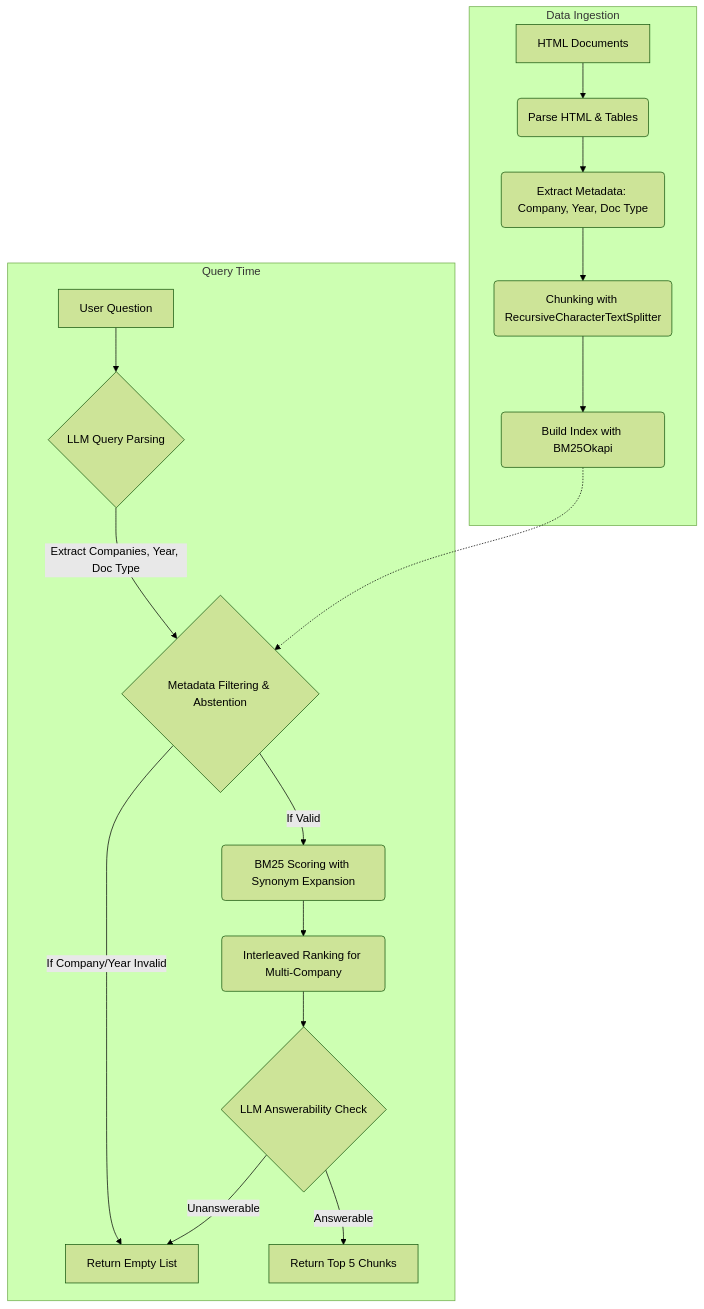
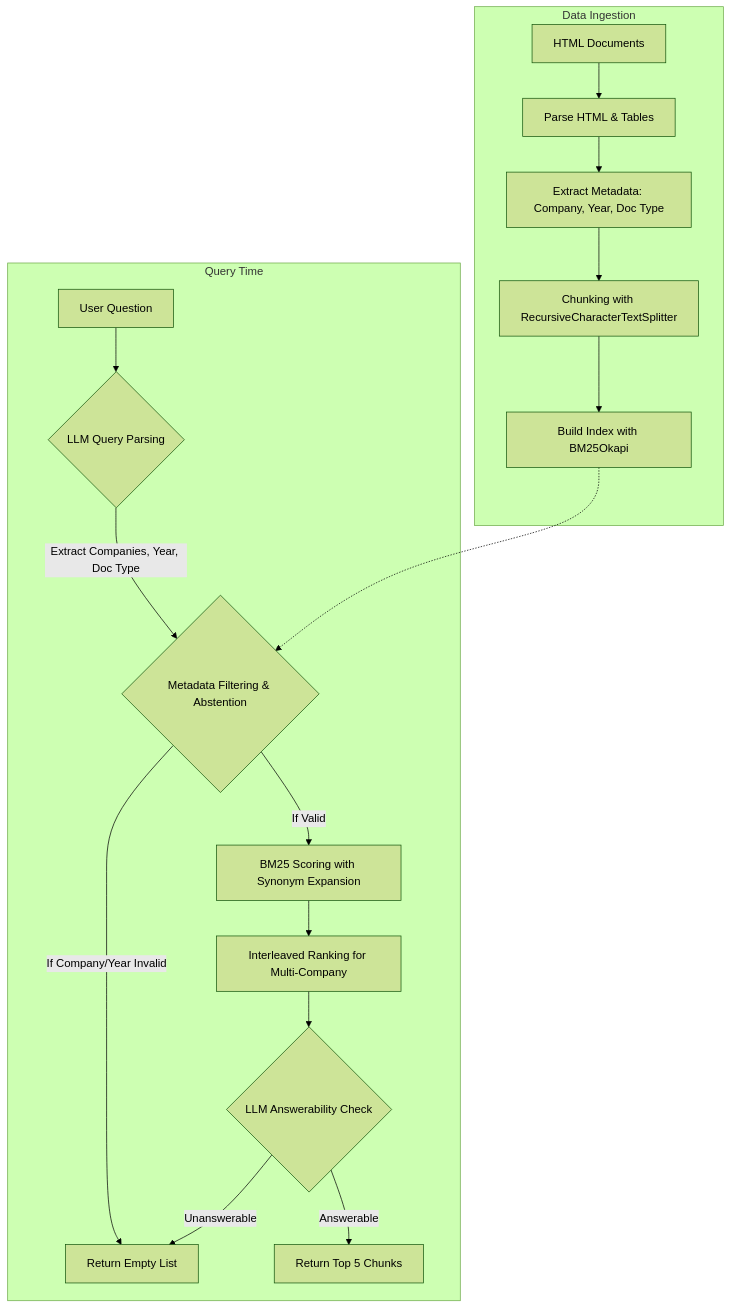
Before and after one commit to encounter10086-Candy/FTEC5660-HW4: the diagram in README.md, drawn with Mermaid (forest theme).

````diff
--- a/README.md
+++ b/README.md
@@ -9,24 +9,24 @@
 ```mermaid
 graph TD
     subgraph Data Ingestion
-        A[HTML Documents] --> B(Parse HTML & Tables)
-        B --> C(Extract Metadata: Company, Year, Doc Type)
-        C --> D(Chunking with RecursiveCharacterTextSplitter)
-        D --> E(Build Index with BM25Okapi)
+        A["HTML Documents"] --> B["Parse HTML & Tables"]
+        B --> C["Extract Metadata: Company, Year, Doc Type"]
+        C --> D["Chunking with RecursiveCharacterTextSplitter"]
+        D --> E["Build Index with BM25Okapi"]
     end
 
     subgraph Query Time
-        F[User Question] --> G{LLM Query Parsing}
-        G -->|Extract Companies, Year, Doc Type| H{Metadata Filtering & Abstention}
+        F["User Question"] --> G{"LLM Query Parsing"}
+        G -->|Extract Companies, Year, Doc Type| H{"Metadata Filtering & Abstention"}
         
         E -.-> H
-        H -->|If Company/Year Invalid| I[Return Empty List]
-        H -->|If Valid| J(BM25 Scoring with Synonym Expansion)
+        H -->|If Company/Year Invalid| I["Return Empty List"]
+        H -->|If Valid| J["BM25 Scoring with Synonym Expansion"]
         
-        J --> K(Interleaved Ranking for Multi-Company)
-        K --> L{LLM Answerability Check}
+        J --> K["Interleaved Ranking for Multi-Company"]
+        K --> L{"LLM Answerability Check"}
         
         L -->|Unanswerable| I
-        L -->|Answerable| M[Return Top 5 Chunks]
+        L -->|Answerable| M["Return Top 5 Chunks"]
     end
 ```
````
